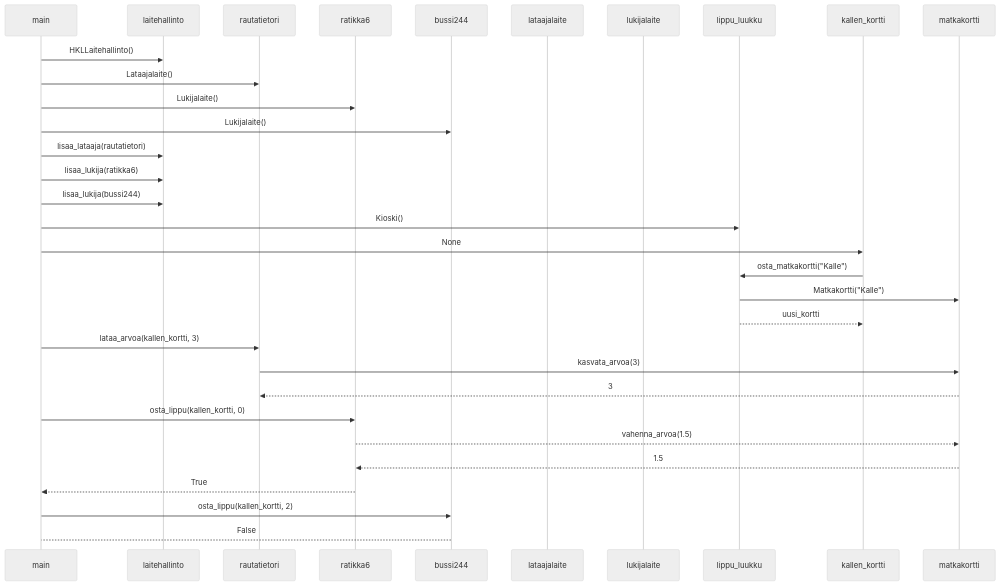
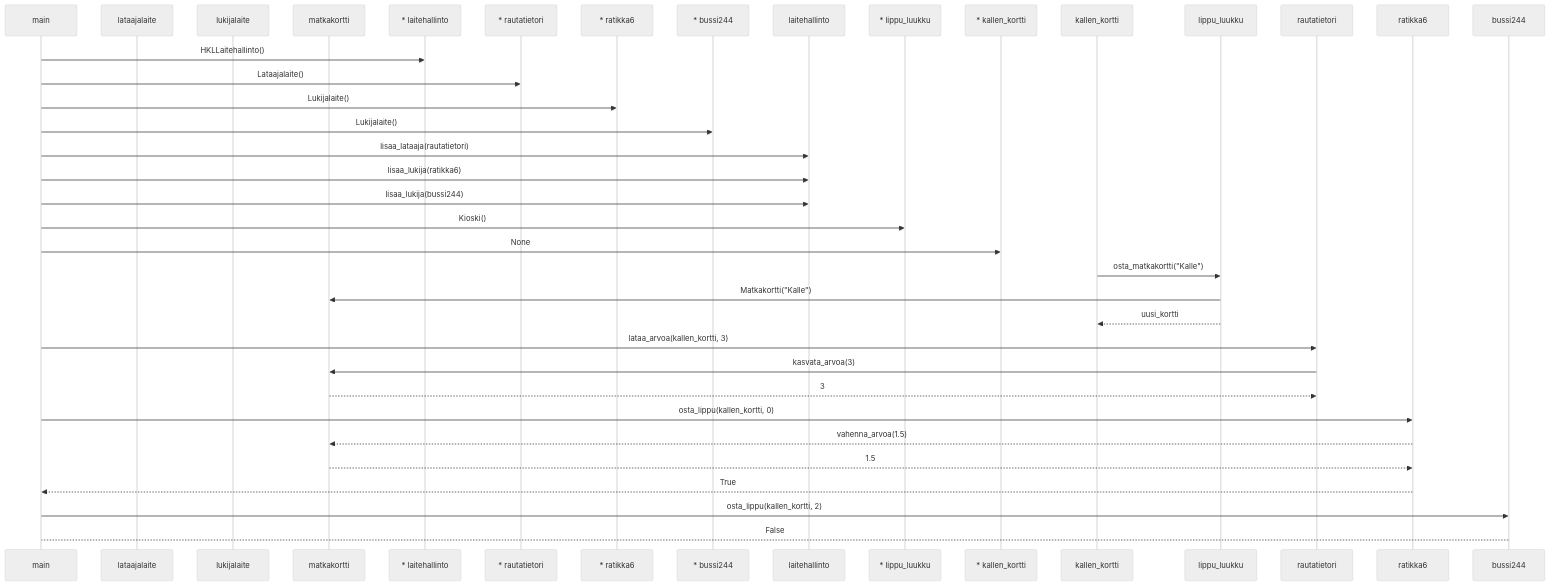
The diagram in laskarit/viikko3/HSLsekvenssikaavio.md (nie-ed/ot-harjoitustyo), drawn with Mermaid (neutral theme) before and after one commit.

````diff
--- a/laskarit/viikko3/HSLsekvenssikaavio.md
+++ b/laskarit/viikko3/HSLsekvenssikaavio.md
@@ -2,37 +2,31 @@
 ```mermaid
 sequenceDiagram
 	participant main
-	participant laitehallinto
-	participant rautatietori
-	participant ratikka6
-	participant bussi244	
 	participant lataajalaite
 	participant lukijalaite
-	participant lippu_luukku
-	participant kallen_kortti
 	participant matkakortti	
 
-	main ->> laitehallinto: HKLLaitehallinto()
-	main ->> rautatietori: Lataajalaite()
-	main ->> ratikka6: Lukijalaite()
-	main ->> bussi244: Lukijalaite()
+	main ->>* laitehallinto: HKLLaitehallinto()
+	main ->>* rautatietori: Lataajalaite()
+	main ->>* ratikka6: Lukijalaite()
+	main ->>* bussi244: Lukijalaite()
 	main ->> laitehallinto: lisaa_lataaja(rautatietori)
 	main ->> laitehallinto: lisaa_lukija(ratikka6)
 	main ->> laitehallinto: lisaa_lukija(bussi244)
-	main ->> lippu_luukku: Kioski()
-	main ->> kallen_kortti: None
+	main ->>* lippu_luukku: Kioski()
+	main ->>* kallen_kortti: None
 	kallen_kortti ->> lippu_luukku: osta_matkakortti("Kalle")
 	lippu_luukku ->> matkakortti: Matkakortti("Kalle")
 	lippu_luukku -->> kallen_kortti: uusi_kortti
 	main ->> rautatietori: lataa_arvoa(kallen_kortti, 3)
 	rautatietori ->> matkakortti: kasvata_arvoa(3)
 	matkakortti -->> rautatietori: 3
 	main ->> ratikka6: osta_lippu(kallen_kortti, 0)
 	ratikka6 -->> matkakortti: vahenna_arvoa(1.5)
 	matkakortti -->> ratikka6: 1.5
 	ratikka6 -->> main: True
 	main->>bussi244:osta_lippu(kallen_kortti, 2)
 	bussi244 --> main: False
 	
 
 ```
````
